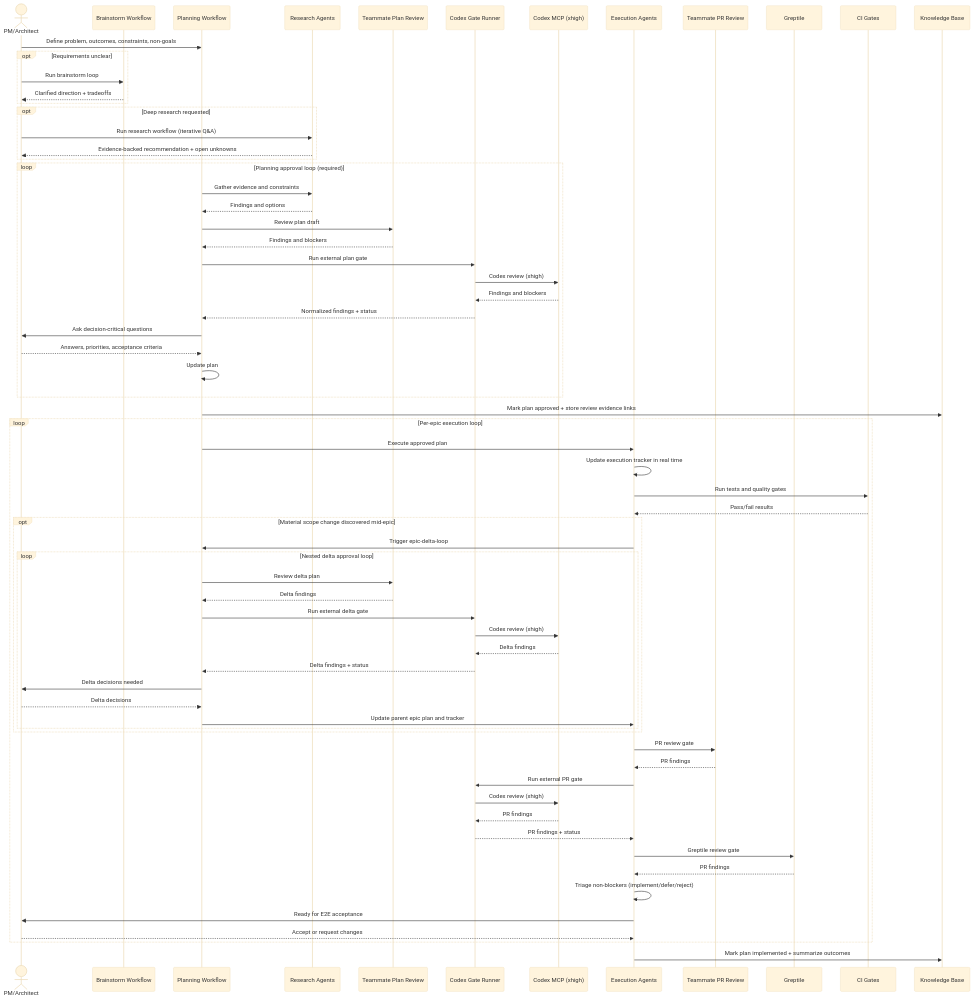
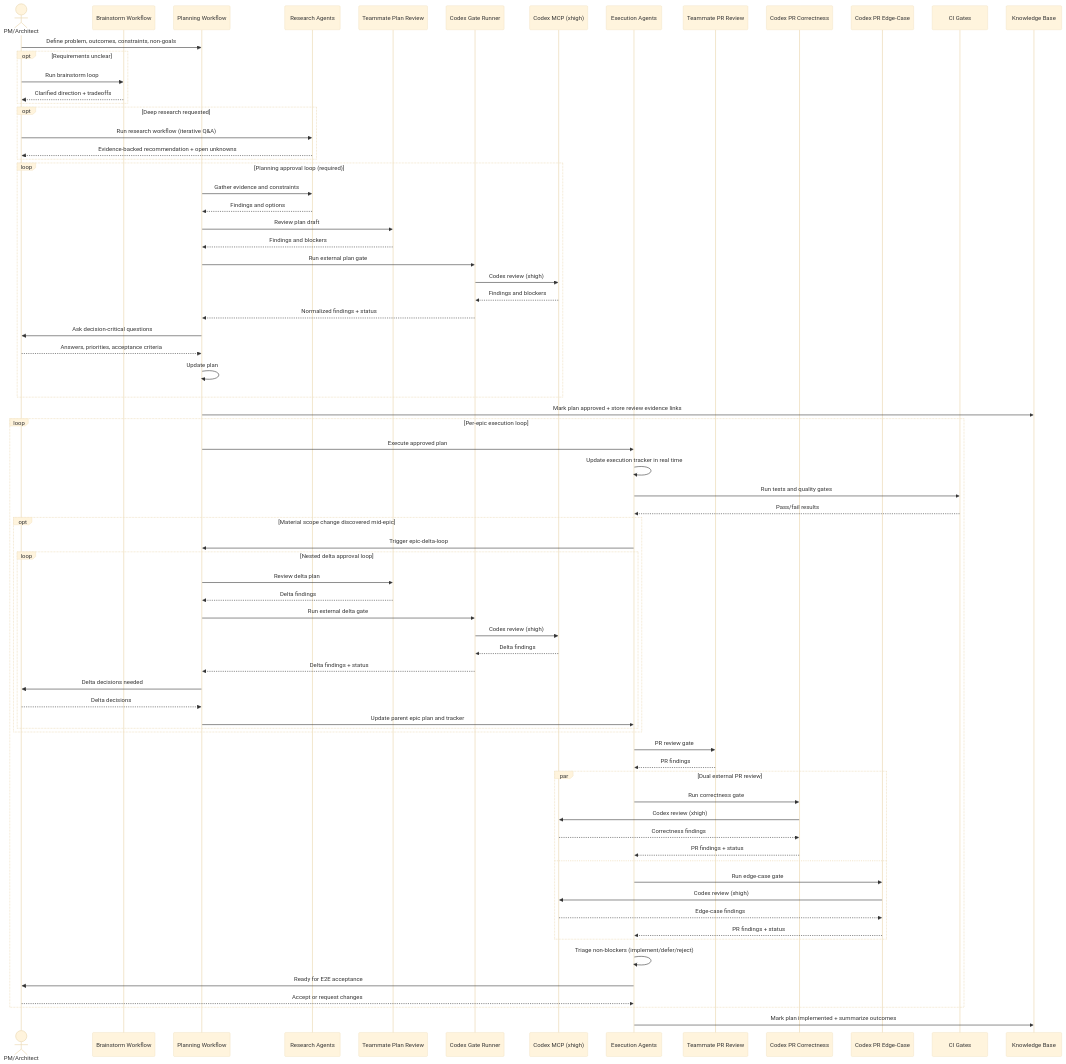
One commit to adam-badar/compound-engineering-system changed the first of 2 diagrams in templates/docs/process/sequence-diagram.md. Above: the diagram before and after it, drawn with Mermaid (base theme). The commit also changed other lines of this file and 33 other files, not shown here.

Commit message:
feat: replace greptile with dual codex pr review

````diff
--- a/templates/docs/process/sequence-diagram.md
+++ b/templates/docs/process/sequence-diagram.md
@@ -5,75 +5,81 @@
 ```mermaid
 sequenceDiagram
     actor PM as PM/Architect
     participant Brainstorm as Brainstorm Workflow
     participant Plan as Planning Workflow
     participant Research as Research Agents
     participant TeamPlan as Teammate Plan Review
     participant CodexGate as Codex Gate Runner
     participant Codex as Codex MCP (xhigh)
     participant Work as Execution Agents
     participant TeamPR as Teammate PR Review
-    participant Greptile as Greptile
+    participant CodexPR1 as Codex PR Correctness
+    participant CodexPR2 as Codex PR Edge-Case
     participant CI as CI Gates
     participant KB as Knowledge Base
 
     PM->>Plan: Define problem, outcomes, constraints, non-goals
     opt Requirements unclear
         PM->>Brainstorm: Run brainstorm loop
         Brainstorm-->>PM: Clarified direction + tradeoffs
     end
     opt Deep research requested
         PM->>Research: Run research workflow (iterative Q&A)
         Research-->>PM: Evidence-backed recommendation + open unknowns
     end
     loop Planning approval loop (required)
         Plan->>Research: Gather evidence and constraints
         Research-->>Plan: Findings and options
         Plan->>TeamPlan: Review plan draft
         TeamPlan-->>Plan: Findings and blockers
         Plan->>CodexGate: Run external plan gate
         CodexGate->>Codex: Codex review (xhigh)
         Codex-->>CodexGate: Findings and blockers
         CodexGate-->>Plan: Normalized findings + status
         Plan->>PM: Ask decision-critical questions
         PM-->>Plan: Answers, priorities, acceptance criteria
         Plan->>Plan: Update plan
     end
     Plan->>KB: Mark plan approved + store review evidence links
 
     loop Per-epic execution loop
         Plan->>Work: Execute approved plan
         Work->>Work: Update execution tracker in real time
         Work->>CI: Run tests and quality gates
         CI-->>Work: Pass/fail results
 
         opt Material scope change discovered mid-epic
             Work->>Plan: Trigger epic-delta-loop
             loop Nested delta approval loop
                 Plan->>TeamPlan: Review delta plan
                 TeamPlan-->>Plan: Delta findings
                 Plan->>CodexGate: Run external delta gate
                 CodexGate->>Codex: Codex review (xhigh)
                 Codex-->>CodexGate: Delta findings
                 CodexGate-->>Plan: Delta findings + status
                 Plan->>PM: Delta decisions needed
                 PM-->>Plan: Delta decisions
                 Plan->>Work: Update parent epic plan and tracker
             end
         end
 
         Work->>TeamPR: PR review gate
         TeamPR-->>Work: PR findings
-        Work->>CodexGate: Run external PR gate
-        CodexGate->>Codex: Codex review (xhigh)
-        Codex-->>CodexGate: PR findings
-        CodexGate-->>Work: PR findings + status
-        Work->>Greptile: Greptile review gate
-        Greptile-->>Work: PR findings
+        par Dual external PR review
+            Work->>CodexPR1: Run correctness gate
+            CodexPR1->>Codex: Codex review (xhigh)
+            Codex-->>CodexPR1: Correctness findings
+            CodexPR1-->>Work: PR findings + status
+        and
+            Work->>CodexPR2: Run edge-case gate
+            CodexPR2->>Codex: Codex review (xhigh)
+            Codex-->>CodexPR2: Edge-case findings
+            CodexPR2-->>Work: PR findings + status
+        end
         Work->>Work: Triage non-blockers (implement/defer/reject)
         Work->>PM: Ready for E2E acceptance
         PM-->>Work: Accept or request changes
     end
 
     Work->>KB: Mark plan implemented + summarize outcomes
 ```
````
